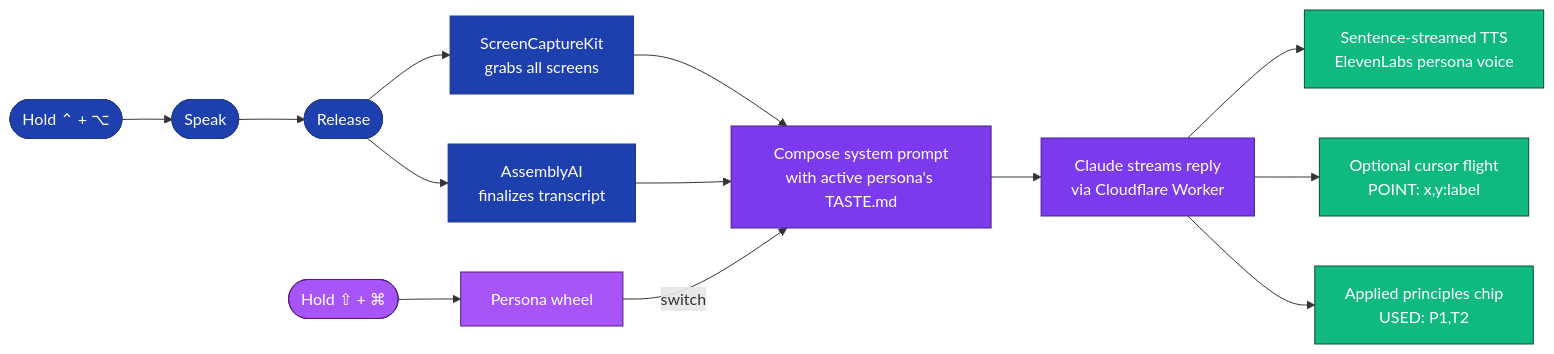
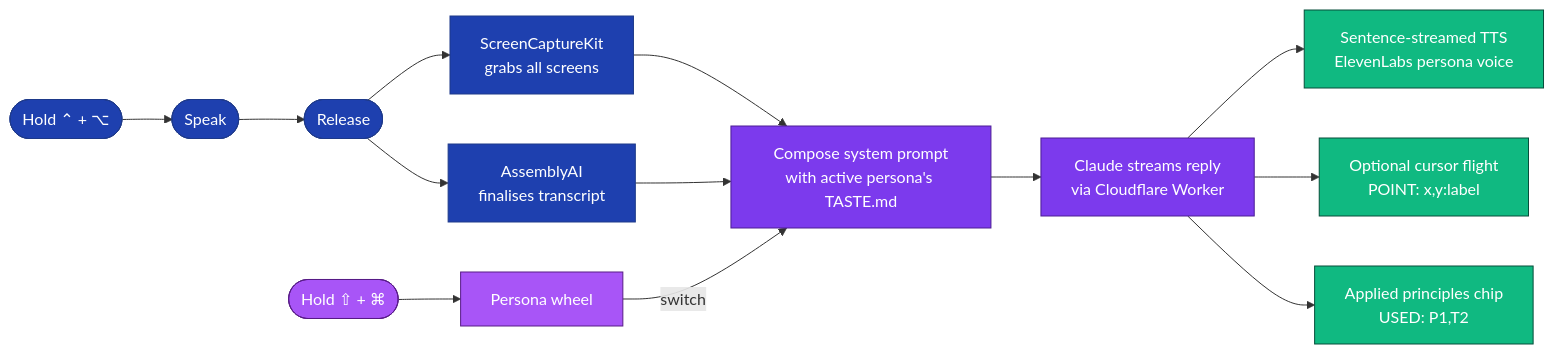
The diagram in README.md (reubxn/sticky), drawn with Mermaid before and after one commit. The commit also changed other lines of this file, not shown here.

````diff
--- a/README.md
+++ b/README.md
@@ -90,26 +96,26 @@
 ```mermaid
 flowchart LR
     A([Hold ⌃ + ⌥]) --> B([Speak])
     B --> C([Release])
     C --> D[ScreenCaptureKit<br/>grabs all screens]
-    C --> E[AssemblyAI<br/>finalizes transcript]
+    C --> E[AssemblyAI<br/>finalises transcript]
     D --> F[Compose system prompt<br/>with active persona's TASTE.md]
     E --> F
     F --> G[Claude streams reply<br/>via Cloudflare Worker]
     G --> H[Sentence-streamed TTS<br/>ElevenLabs persona voice]
     G --> I[Optional cursor flight<br/>POINT: x,y:label]
     G --> J[Applied principles chip<br/>USED: P1,T2]
 
     P([Hold ⇧ + ⌘]) --> Q[Persona wheel]
     Q -->|switch| F
 
     classDef capture fill:#1E40AF,stroke:#1E3A8A,color:#fff
     classDef reason fill:#7C3AED,stroke:#4C1D95,color:#fff
     classDef output fill:#10B981,stroke:#064E3B,color:#fff
     classDef persona fill:#A855F7,stroke:#581C87,color:#fff
 
     class A,B,C,D,E capture
     class F,G reason
     class H,I,J output
     class P,Q persona
 ```
````
